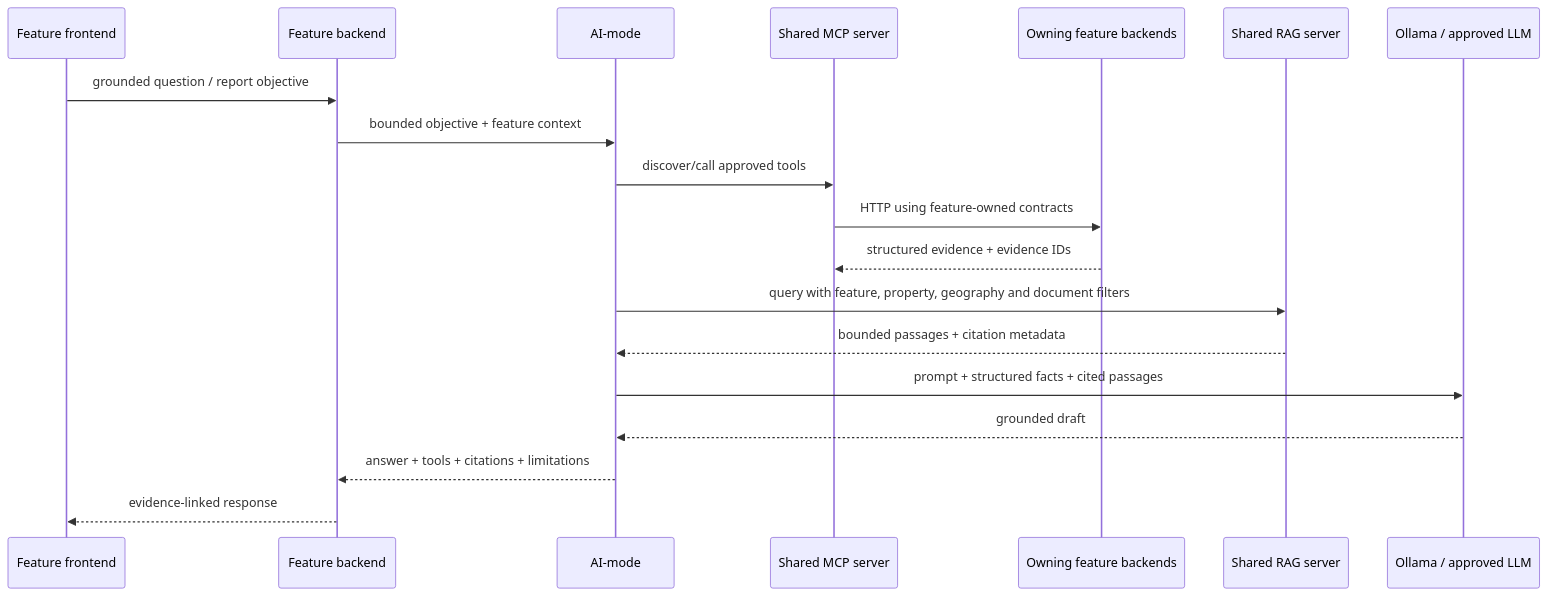
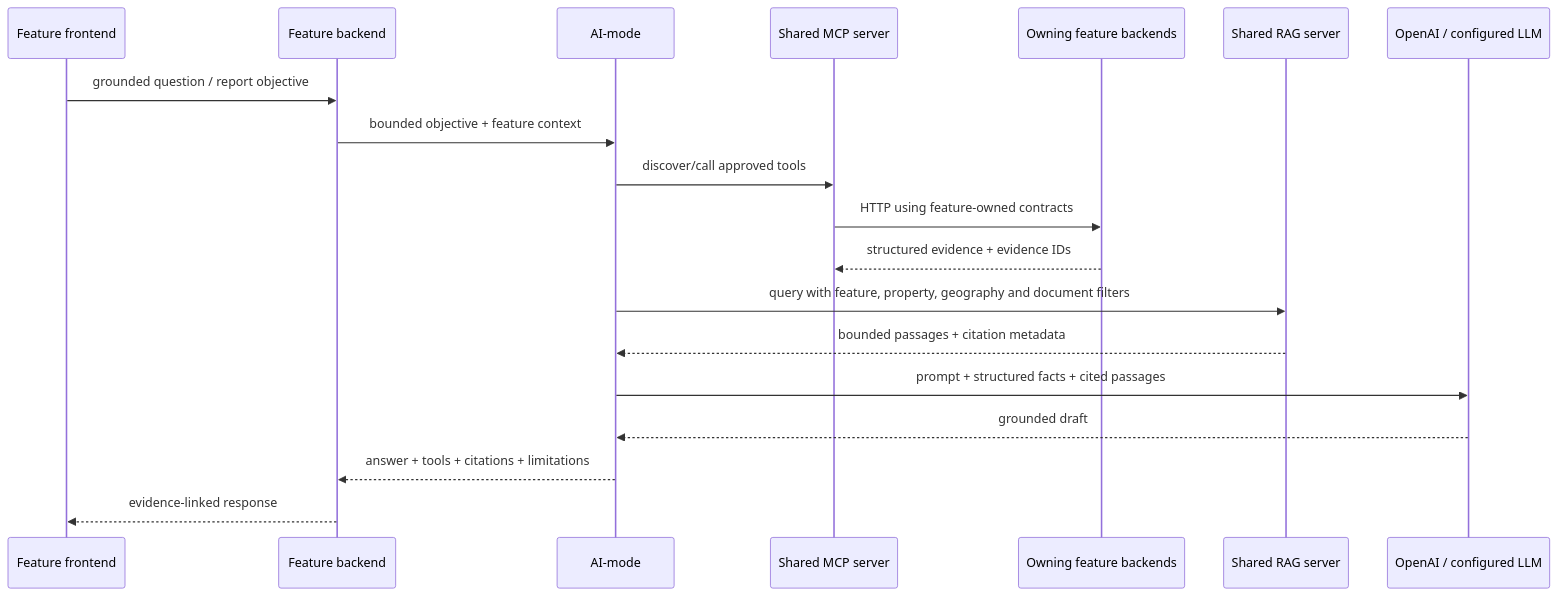
Before and after one commit to MattShelton04/41026ASDProject: the third of 3 diagrams in docs/architecture/propertyscope-product-and-feature-plan.md, drawn with Mermaid. The commit also changed other lines of this file and 44 other files, not shown here.

````diff
--- a/docs/architecture/propertyscope-product-and-feature-plan.md
+++ b/docs/architecture/propertyscope-product-and-feature-plan.md
@@ -1686,22 +1686,22 @@
 ```mermaid
 sequenceDiagram
     participant UI as Feature frontend
     participant API as Feature backend
     participant AI as AI-mode
     participant MCP as Shared MCP server
     participant FB as Owning feature backends
     participant RAG as Shared RAG server
-    participant LLM as Ollama / approved LLM
+    participant LLM as OpenAI / configured LLM
 
     UI->>API: grounded question / report objective
     API->>AI: bounded objective + feature context
     AI->>MCP: discover/call approved tools
     MCP->>FB: HTTP using feature-owned contracts
     FB-->>MCP: structured evidence + evidence IDs
     AI->>RAG: query with feature, property, geography and document filters
     RAG-->>AI: bounded passages + citation metadata
     AI->>LLM: prompt + structured facts + cited passages
     LLM-->>AI: grounded draft
     AI-->>API: answer + tools + citations + limitations
     API-->>UI: evidence-linked response
 ```
````
